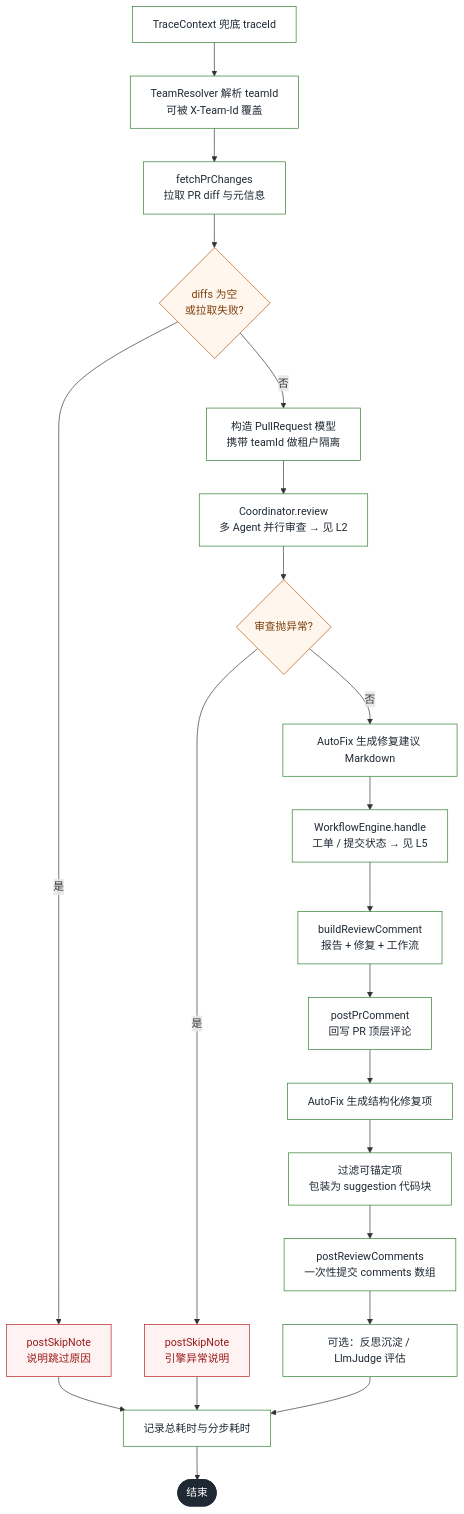
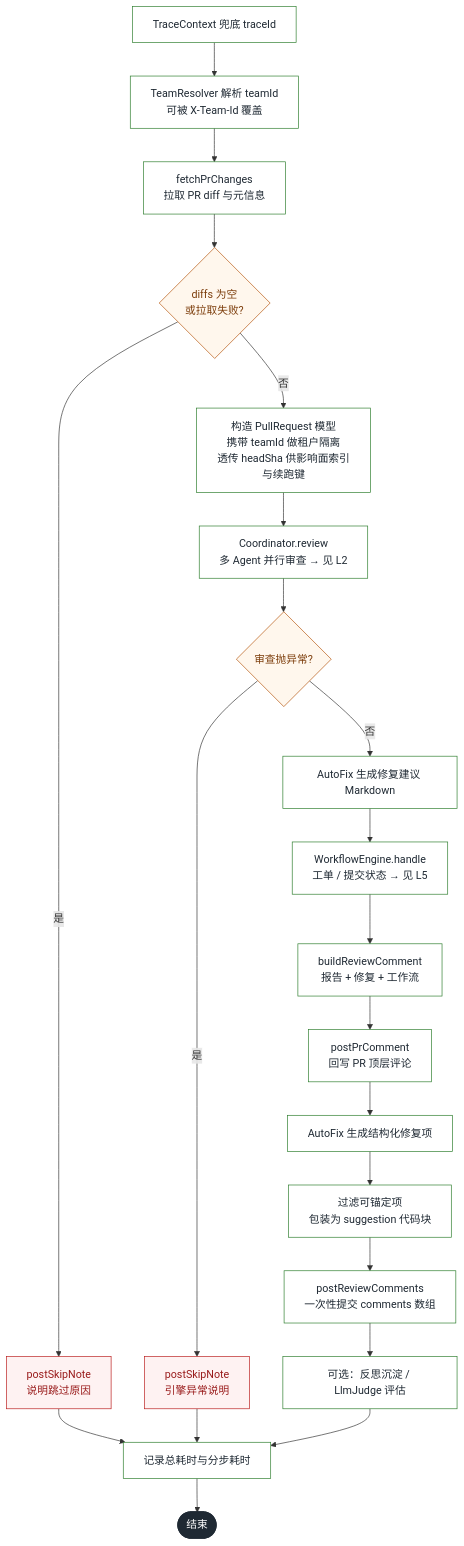
One commit to 13liyunfei/code-review-agent changed the diagram in docs/diagrams/l1b-async-review.mmd. Above: the diagram before and after it, drawn with Mermaid. The commit also changed 10 other files, not shown here.

First line of the commit message:
docs: 图集同步项目近期演进，新增影响面分析专图（11 → 12 张）

```diff
--- a/docs/diagrams/l1b-async-review.mmd
+++ b/docs/diagrams/l1b-async-review.mmd
@@ -1,35 +1,35 @@
 flowchart TD
     I["TraceContext 兜底 traceId"] --> J["TeamResolver 解析 teamId<br/>可被 X-Team-Id 覆盖"]
     J --> K["fetchPrChanges<br/>拉取 PR diff 与元信息"]
     K --> L{"diffs 为空<br/>或拉取失败?"}
     L -->|"是"| L1["postSkipNote<br/>说明跳过原因"]
-    L -->|"否"| M["构造 PullRequest 模型<br/>携带 teamId 做租户隔离"]
+    L -->|"否"| M["构造 PullRequest 模型<br/>携带 teamId 做租户隔离<br/>透传 headSha 供影响面索引与续跑键"]
     M --> N["Coordinator.review<br/>多 Agent 并行审查 → 见 L2"]
 
     N --> O{"审查抛异常?"}
     O -->|"是"| O1["postSkipNote<br/>引擎异常说明"]
     O -->|"否"| P["AutoFix 生成修复建议 Markdown"]
     P --> Q["WorkflowEngine.handle<br/>工单 / 提交状态 → 见 L5"]
     Q --> R["buildReviewComment<br/>报告 + 修复 + 工作流"]
     R --> S["postPrComment<br/>回写 PR 顶层评论"]
 
     S --> T["AutoFix 生成结构化修复项"]
     T --> U["过滤可锚定项<br/>包装为 suggestion 代码块"]
     U --> V["postReviewComments<br/>一次性提交 comments 数组"]
 
     V --> W["可选：反思沉淀 / LlmJudge 评估"]
     W --> X["记录总耗时与分步耗时"]
     L1 --> X
     O1 --> X
     X --> Z(["结束"])
 
     classDef start fill:#2c7d2c,stroke:#2c7d2c,stroke-width:2px,color:#fff;
     classDef endn fill:#1f2933,stroke:#1f2933,stroke-width:2px,color:#fff;
     classDef proc fill:#FFFFFF,stroke:#2c7d2c,stroke-width:1px,color:#1f2933;
     classDef dec fill:#FFF7ED,stroke:#b45309,stroke-width:1px,color:#7c3d0b;
     classDef fail fill:#FEF2F2,stroke:#b91c1c,stroke-width:1px,color:#991b1b;
     class I start;
     class Z endn;
     class I,J,K,M,N,P,Q,R,S,T,U,V,W,X proc;
     class L,O dec;
     class L1,O1 fail;
```
